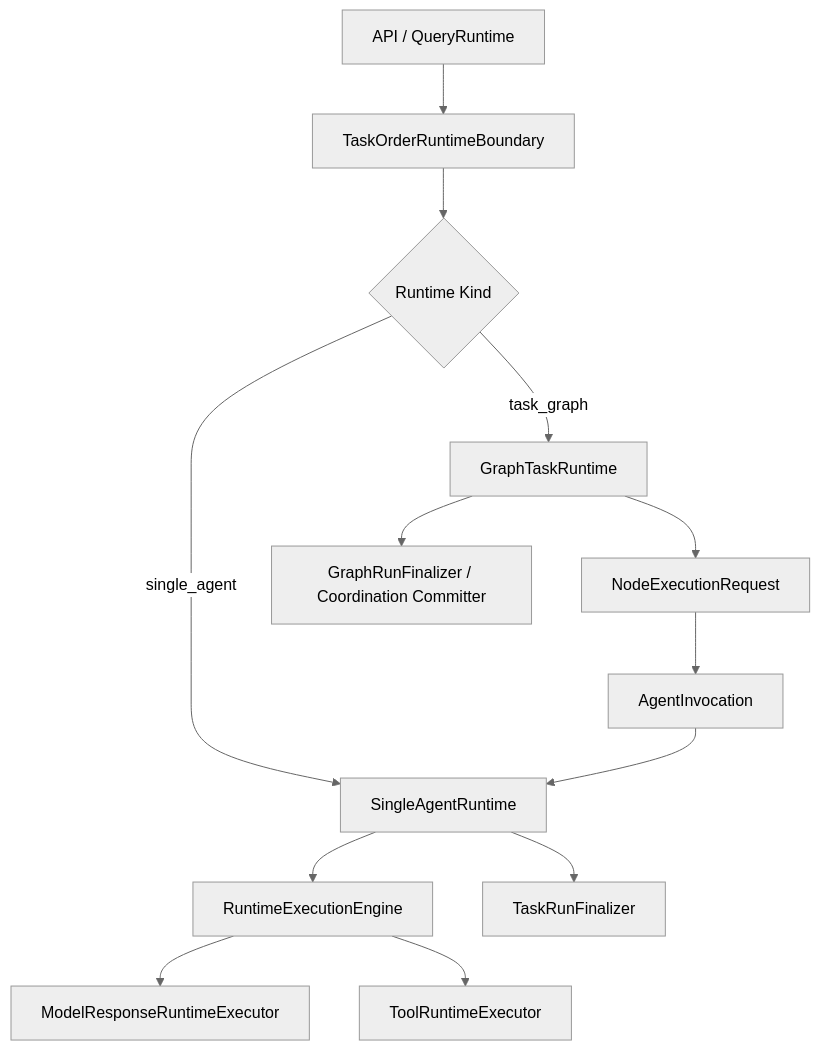
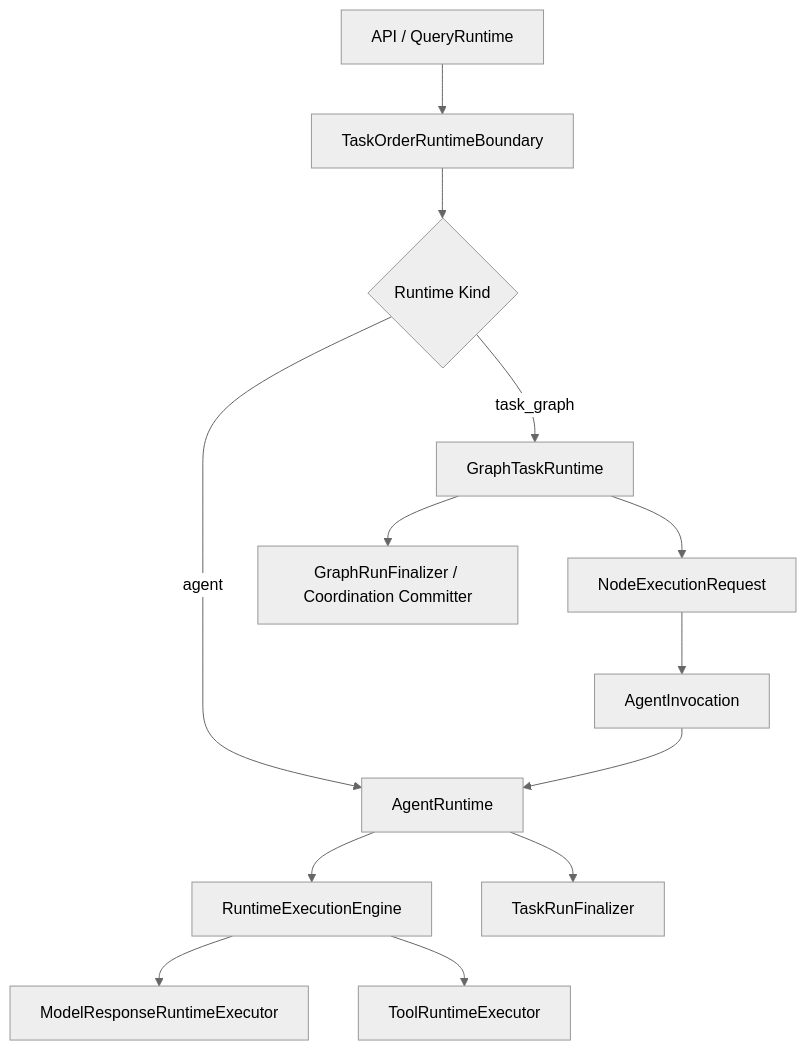
The diagram in docs/系统规划/222-双Runtime链路收敛重构计划书-20260526.md (wei-boundless/Mythical-Age), drawn with Mermaid (neutral theme) before and after one commit. The commit also changed other lines of this file, not shown here.

````diff
--- a/docs/系统规划/222-双Runtime链路收敛重构计划书-20260526.md
+++ b/docs/系统规划/222-双Runtime链路收敛重构计划书-20260526.md
@@ -219,15 +234,15 @@
 ```mermaid
 flowchart TD
     A["API / QueryRuntime"] --> B["TaskOrderRuntimeBoundary"]
     B --> C{"Runtime Kind"}
-    C -->|single_agent| D["SingleAgentRuntime"]
+    C -->|agent| D["AgentRuntime"]
     C -->|task_graph| E["GraphTaskRuntime"]
     E --> F["NodeExecutionRequest"]
     F --> G["AgentInvocation"]
     G --> D
     D --> H["RuntimeExecutionEngine"]
     H --> I["ModelResponseRuntimeExecutor"]
     H --> J["ToolRuntimeExecutor"]
     D --> K["TaskRunFinalizer"]
     E --> L["GraphRunFinalizer / Coordination Committer"]
 ```
````
